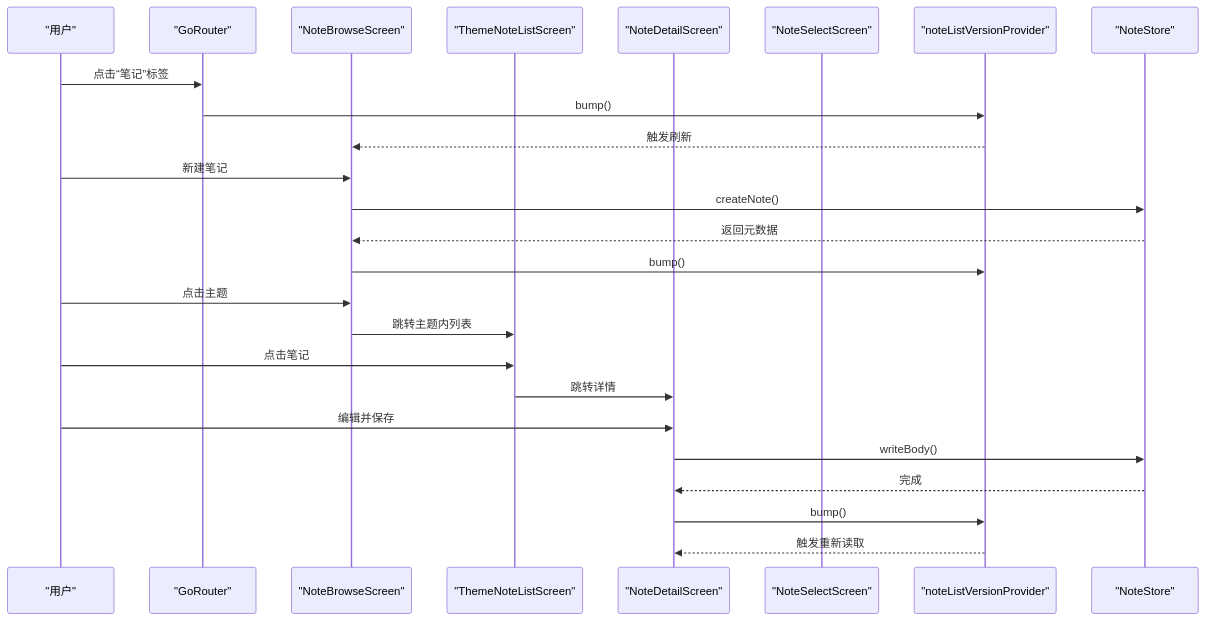
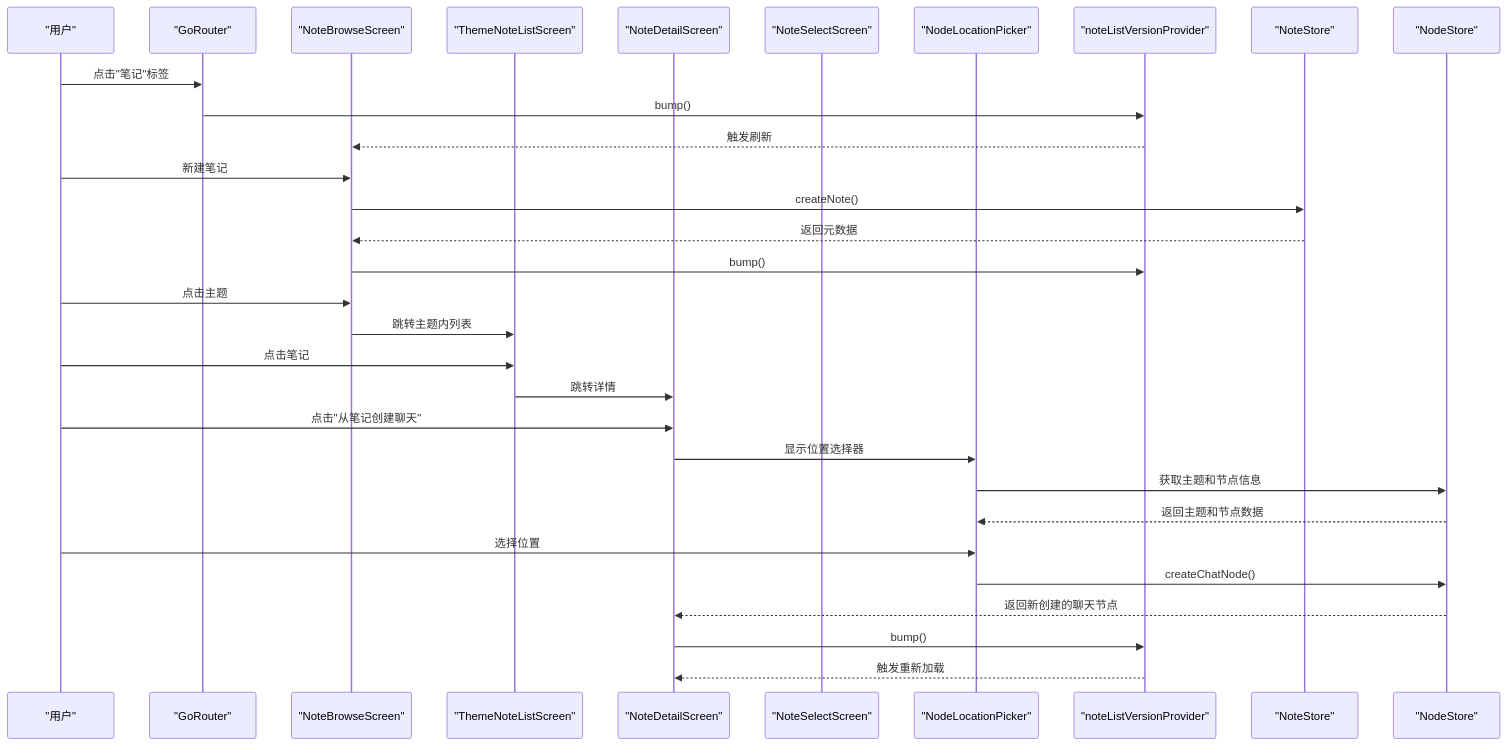
Before and after one commit to Ykworm/thktree: the second of 9 diagrams in .qoder/repowiki/zh/content/核心功能模块/笔记系统/笔记系统.md, drawn with Mermaid. The commit also changed other lines of this file and 45 other files, not shown here.

````diff
--- a/.qoder/repowiki/zh/content/核心功能模块/笔记系统/笔记系统.md
+++ b/.qoder/repowiki/zh/content/核心功能模块/笔记系统/笔记系统.md
@@ -107,27 +137,33 @@
 ```mermaid
 sequenceDiagram
 participant U as "用户"
 participant R as "GoRouter"
 participant NB as "NoteBrowseScreen"
 participant TN as "ThemeNoteListScreen"
 participant ND as "NoteDetailScreen"
 participant NS as "NoteSelectScreen"
+participant NLP as "NodeLocationPicker"
 participant VS as "noteListVersionProvider"
 participant NSStore as "NoteStore"
-U->>R : 点击“笔记”标签
+participant NodeStore as "NodeStore"
+U->>R : 点击"笔记"标签
 R->>VS : bump()
 VS-->>NB : 触发刷新
 U->>NB : 新建笔记
 NB->>NSStore : createNote()
 NSStore-->>NB : 返回元数据
 NB->>VS : bump()
 U->>NB : 点击主题
 NB->>TN : 跳转主题内列表
 U->>TN : 点击笔记
 TN->>ND : 跳转详情
-U->>ND : 编辑并保存
-ND->>NSStore : writeBody()
-NSStore-->>ND : 完成
+U->>ND : 点击"从笔记创建聊天"
+ND->>NLP : 显示位置选择器
+NLP->>NodeStore : 获取主题和节点信息
+NodeStore-->>NLP : 返回主题和节点数据
+U->>NLP : 选择位置
+NLP->>NodeStore : createChatNode()
+NodeStore-->>ND : 返回新创建的聊天节点
 ND->>VS : bump()
-VS-->>ND : 触发重新读取
+VS-->>ND : 触发重新加载
 ```
````
